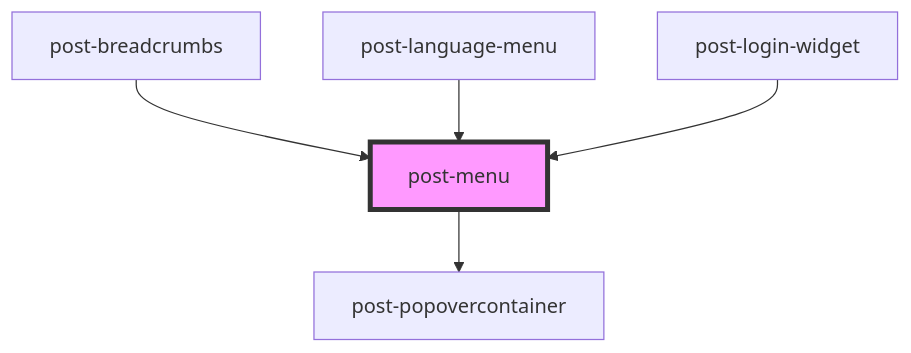
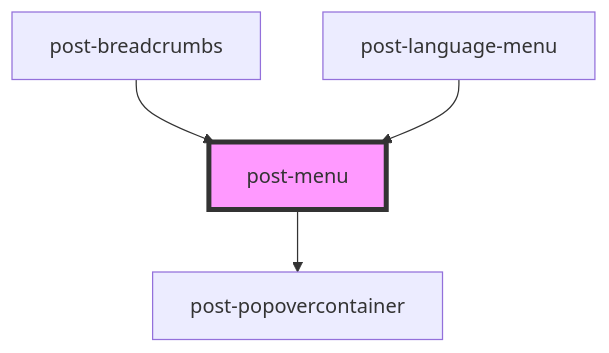
The diagram in packages/components/src/components/post-menu/readme.md (swisspost/design-system), drawn with Mermaid before and after one commit. The commit also changed other lines of this file and 22 other files, not shown here.

First line of the commit message:
chore(components, docs): remove the post-login-widget (#7883)

````diff
--- a/packages/components/src/components/post-menu/readme.md
+++ b/packages/components/src/components/post-menu/readme.md
@@ -95,8 +94,7 @@
 ```mermaid
 graph TD;
   post-menu --> post-popovercontainer
   post-breadcrumbs --> post-menu
   post-language-menu --> post-menu
-  post-login-widget --> post-menu
   style post-menu fill:#f9f,stroke:#333,stroke-width:4px
 ```
````
